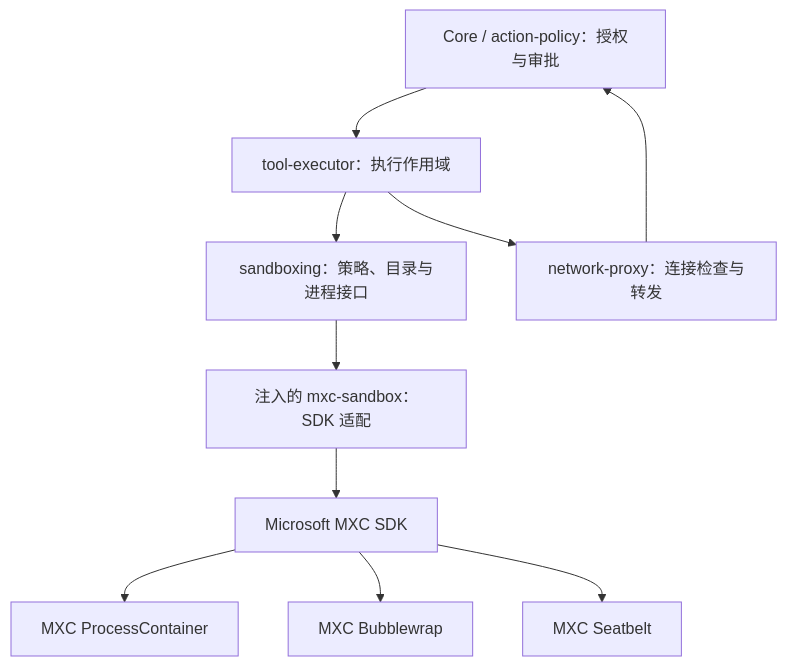
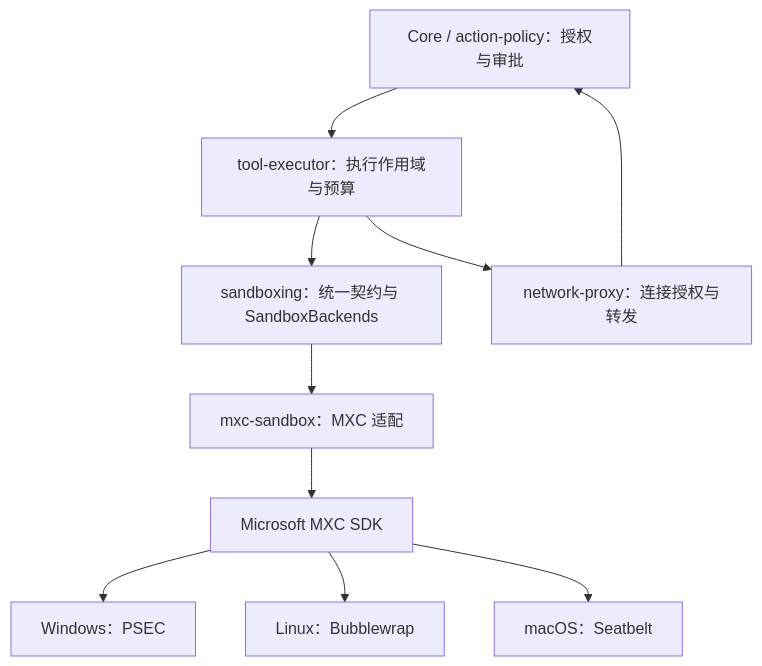
The diagram in docs/sandboxing.md (chogng/zeta), drawn with Mermaid before and after one commit. The commit also changed other lines of this file and 150 other files, not shown here.

Commit message:
Refactor project architecture

````diff
--- a/docs/sandboxing.md
+++ b/docs/sandboxing.md
@@ -7,12 +7,12 @@
 ```mermaid
 flowchart TD
-    core["Core / action-policy：授权与审批"] --> executor["tool-executor：执行作用域"]
-    executor --> contract["sandboxing：策略、目录与进程接口"]
-    contract --> adapter["注入的 mxc-sandbox：SDK 适配"]
+    core["Core / action-policy：授权与审批"] --> executor["tool-executor：执行作用域与预算"]
+    executor --> contract["sandboxing：统一契约与 SandboxBackends"]
+    contract --> adapter["mxc-sandbox：MXC 适配"]
     adapter --> sdk["Microsoft MXC SDK"]
-    sdk --> windows["MXC ProcessContainer"]
-    sdk --> linux["MXC Bubblewrap"]
-    sdk --> macos["MXC Seatbelt"]
-    executor --> proxy["network-proxy：连接检查与转发"]
+    sdk --> windows["Windows：PSEC"]
+    sdk --> linux["Linux：Bubblewrap"]
+    sdk --> macos["macOS：Seatbelt"]
+    executor --> proxy["network-proxy：连接授权与转发"]
     proxy --> core
 ```
````
